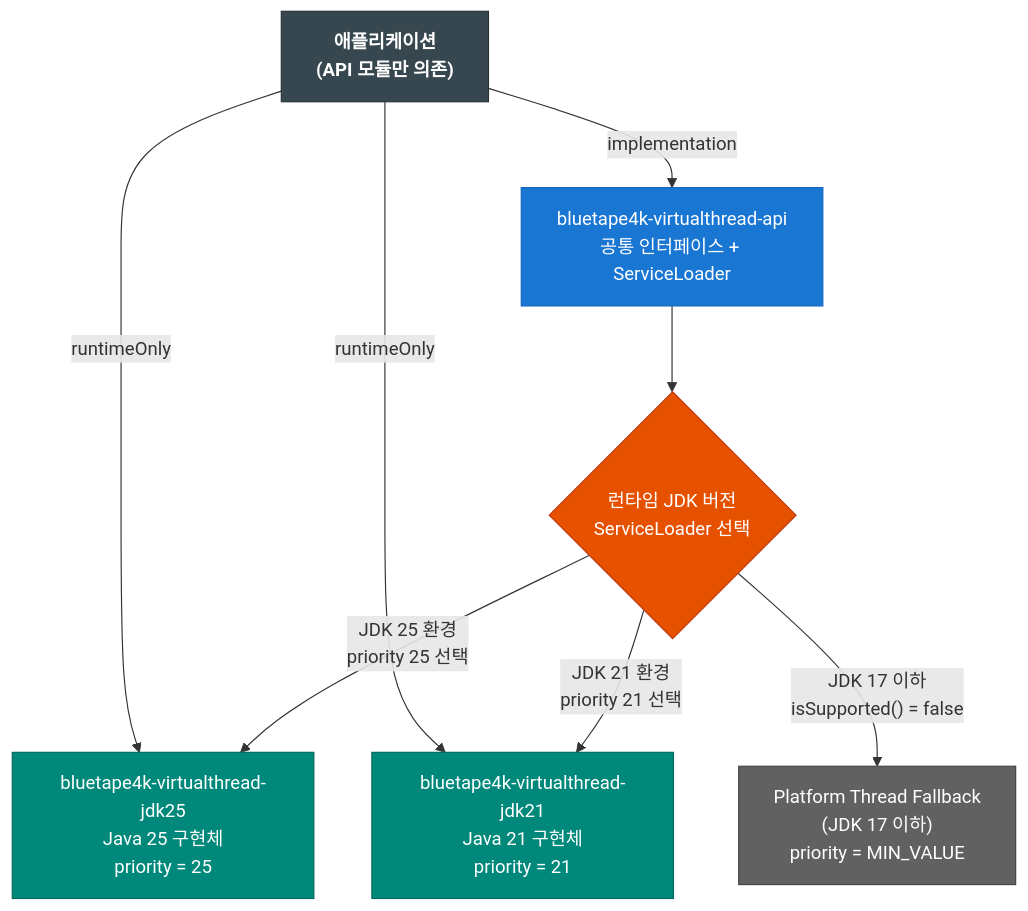
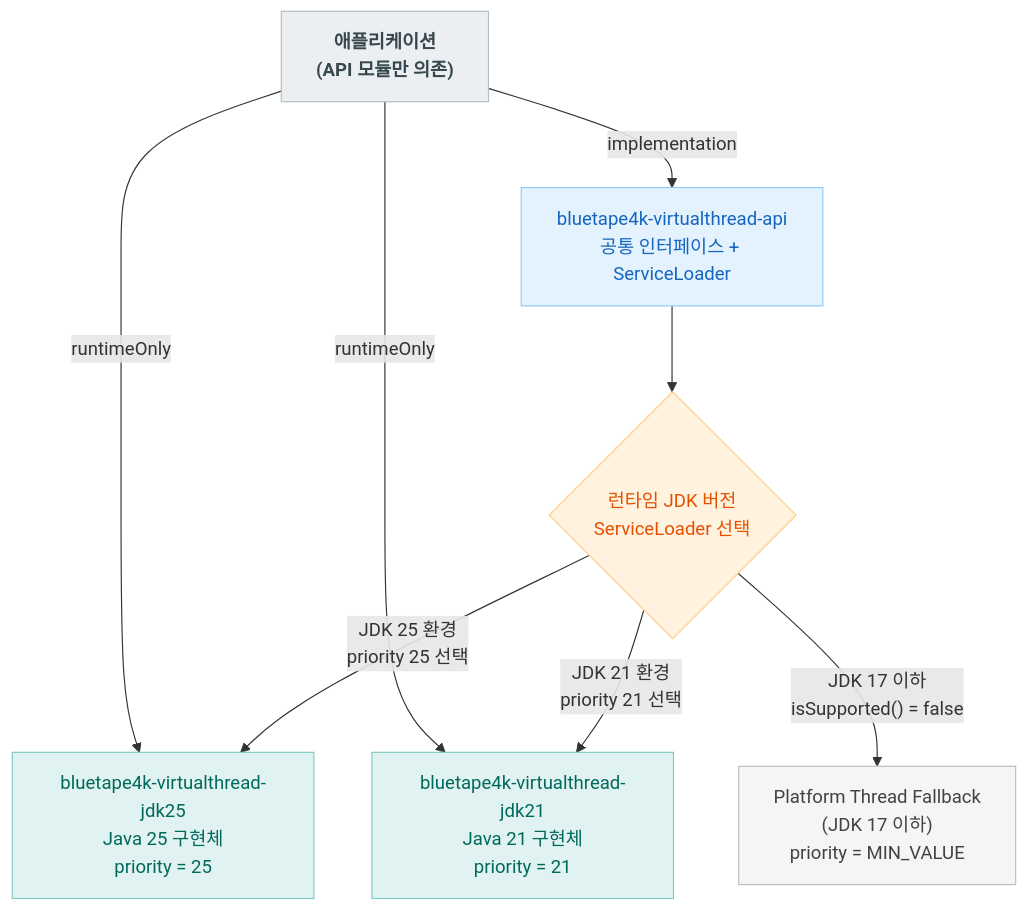
One commit to bluetape4k/bluetape4k-projects changed the first of 3 diagrams in virtualthread/README.ko.md. Above: the diagram before and after it, drawn with Mermaid. The commit also changed other lines of this file and 219 other files, not shown here.

First line of the commit message:
docs: 전체 README Mermaid 다이어그램 가이드 적용

````diff
--- a/virtualthread/README.ko.md
+++ b/virtualthread/README.ko.md
@@ -11,33 +11,33 @@
 ```mermaid
 flowchart TD
     APP["애플리케이션<br/>(API 모듈만 의존)"]
 
     API["bluetape4k-virtualthread-api<br/>공통 인터페이스 + ServiceLoader"]
 
     JDK21["bluetape4k-virtualthread-jdk21<br/>Java 21 구현체<br/>priority = 21"]
     JDK25["bluetape4k-virtualthread-jdk25<br/>Java 25 구현체<br/>priority = 25"]
     FALLBACK["Platform Thread Fallback<br/>(JDK 17 이하)<br/>priority = MIN_VALUE"]
 
     RUNTIME{"런타임 JDK 버전<br/>ServiceLoader 선택"}
 
     APP -->|"implementation"| API
     APP -->|"runtimeOnly"| JDK21
     APP -->|"runtimeOnly"| JDK25
 
     API --> RUNTIME
     RUNTIME -->|"JDK 25 환경<br/>priority 25 선택"| JDK25
     RUNTIME -->|"JDK 21 환경<br/>priority 21 선택"| JDK21
     RUNTIME -->|"JDK 17 이하<br/>isSupported() = false"| FALLBACK
 
-    classDef appStyle fill:#37474F,stroke:#263238,color:#FFFFFF,font-weight:bold
-    classDef apiStyle fill:#1976D2,stroke:#1565C0,color:#FFFFFF
-    classDef implStyle fill:#00897B,stroke:#00695C,color:#FFFFFF
-    classDef fallbackStyle fill:#616161,stroke:#424242,color:#FFFFFF
-    classDef runtimeStyle fill:#E65100,stroke:#BF360C,color:#FFFFFF
+    classDef appStyle fill:#ECEFF1,stroke:#B0BEC5,color:#37474F,font-weight:bold
+    classDef apiStyle fill:#E3F2FD,stroke:#90CAF9,color:#1565C0
+    classDef implStyle fill:#E0F2F1,stroke:#80CBC4,color:#00695C
+    classDef fallbackStyle fill:#F5F5F5,stroke:#BDBDBD,color:#424242
+    classDef runtimeStyle fill:#FFF3E0,stroke:#FFCC80,color:#E65100
 
     class APP appStyle
     class API apiStyle
     class JDK21,JDK25 implStyle
     class FALLBACK fallbackStyle
     class RUNTIME runtimeStyle
 ```
````
